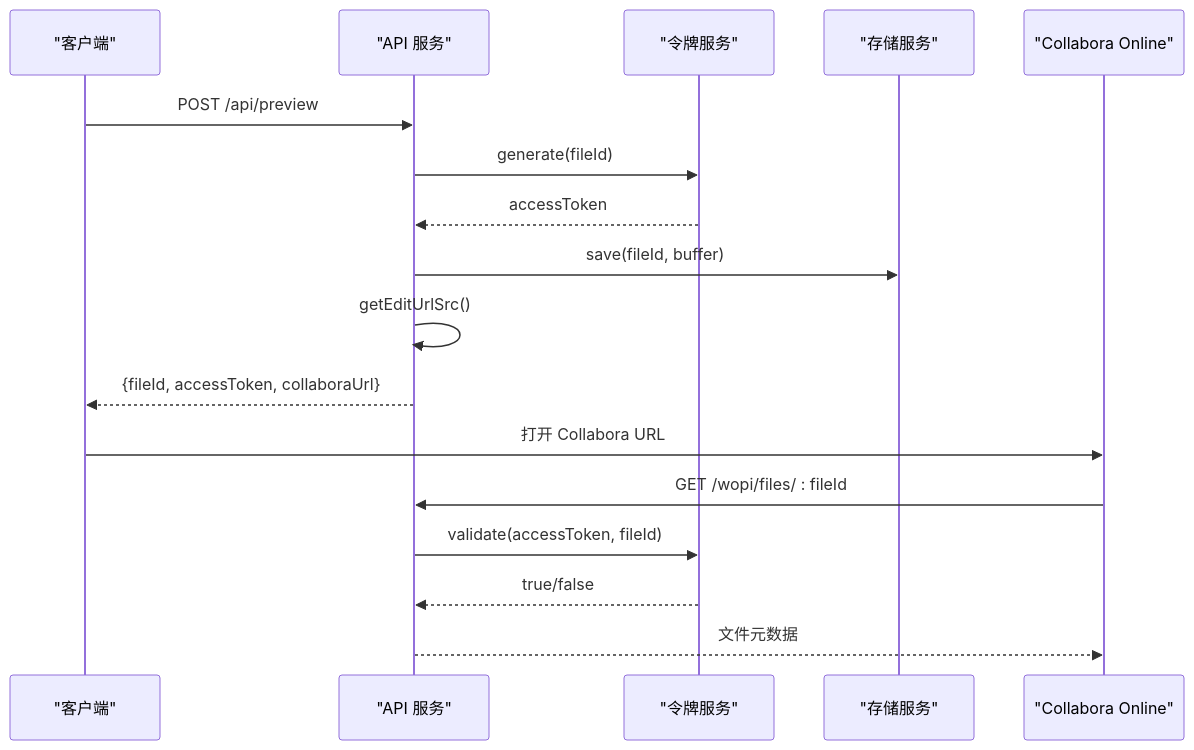
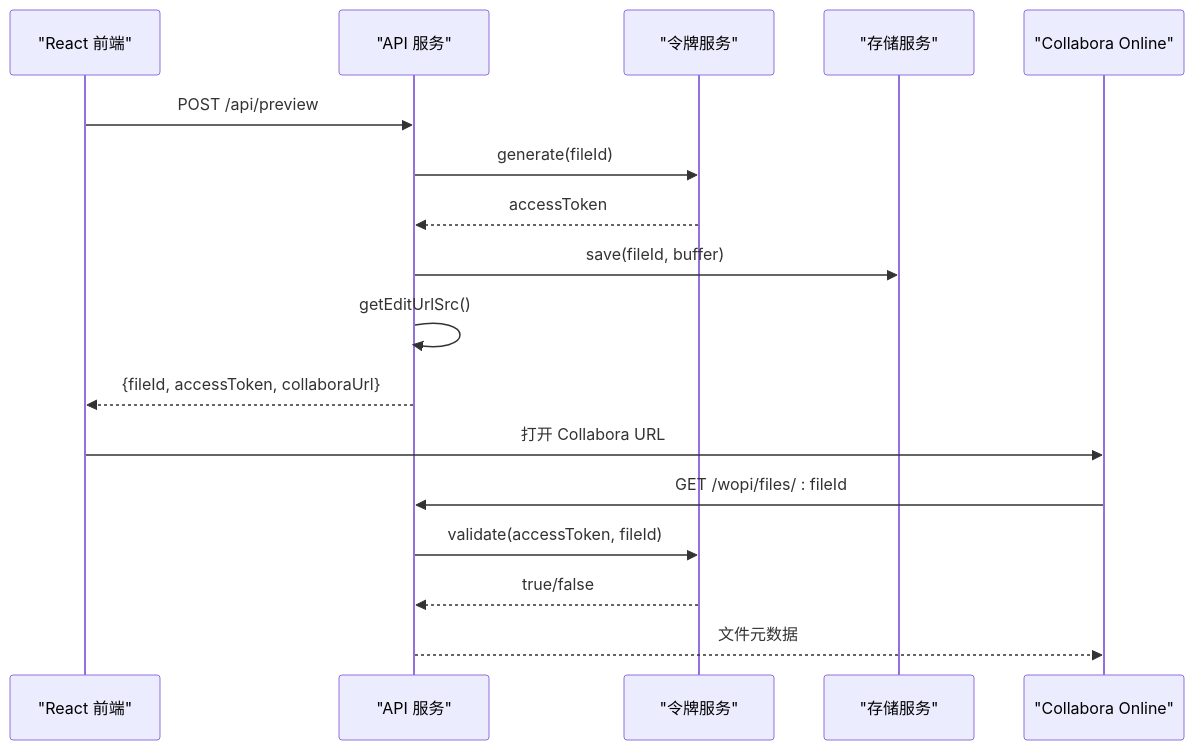
One commit to wanwushelie/markdown-to-word-studio changed the fifth of 9 diagrams in .lingma/repowiki/zh/content/架构设计/Collabora Online 集成.md. Above: the diagram before and after it, drawn with Mermaid. The commit also changed other lines of this file and 21 other files, not shown here.

````diff
--- a/.lingma/repowiki/zh/content/架构设计/Collabora Online 集成.md
+++ b/.lingma/repowiki/zh/content/架构设计/Collabora Online 集成.md
@@ -249,19 +284,19 @@
 ```mermaid
 sequenceDiagram
-participant Client as "客户端"
+participant Client as "React 前端"
 participant API as "API 服务"
 participant Token as "令牌服务"
 participant Storage as "存储服务"
 participant Collabora as "Collabora Online"
 Client->>API : POST /api/preview
 API->>Token : generate(fileId)
 Token-->>API : accessToken
 API->>Storage : save(fileId, buffer)
 API->>API : getEditUrlSrc()
 API-->>Client : {fileId, accessToken, collaboraUrl}
 Client->>Collabora : 打开 Collabora URL
 Collabora->>API : GET /wopi/files/ : fileId
 API->>Token : validate(accessToken, fileId)
 Token-->>API : true/false
 API-->>Collabora : 文件元数据
 ```
````
